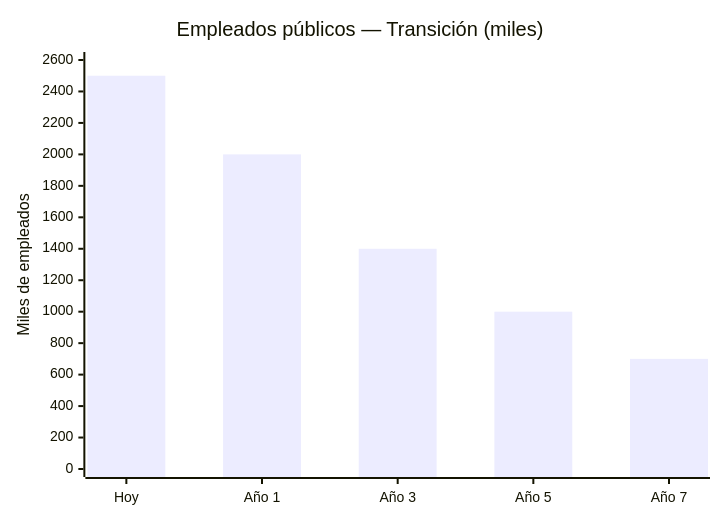
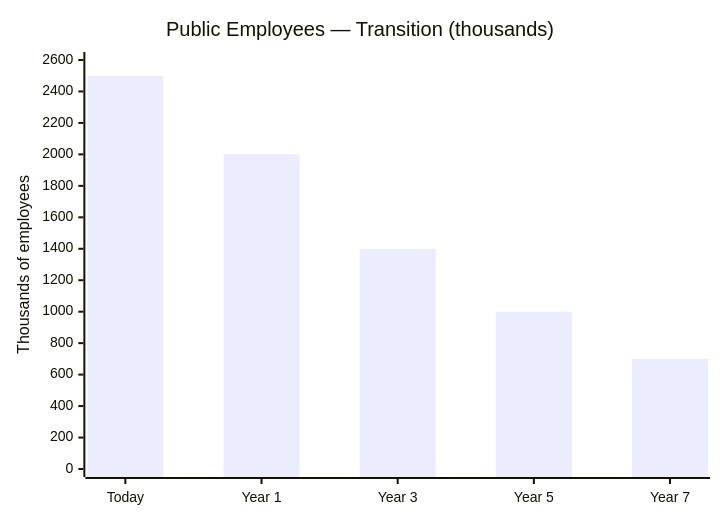
Diagram 11 of 14 in i18n/en/docusaurus-plugin-content-docs/current/04-gobernanza/modelo-estado.md (Venezuela-S-A/venezuela-sa), drawn with Mermaid before and after one commit. The commit also changed other lines of this file and 127 other files, not shown here.

````diff
--- a/i18n/en/docusaurus-plugin-content-docs/current/04-gobernanza/modelo-estado.md
+++ b/i18n/en/docusaurus-plugin-content-docs/current/04-gobernanza/modelo-estado.md
@@ -279,7 +656,7 @@
 ```mermaid
 xychart-beta
-    title "Empleados públicos — Transición (miles)"
-    x-axis ["Hoy", "Año 1", "Año 3", "Año 5", "Año 7"]
-    y-axis "Miles de empleados" 0 --> 2600
+    title "Public Employees — Transition (thousands)"
+    x-axis ["Today", "Year 1", "Year 3", "Year 5", "Year 7"]
+    y-axis "Thousands of employees" 0 --> 2600
     bar [2500, 2000, 1400, 1000, 700]
 ```
````
